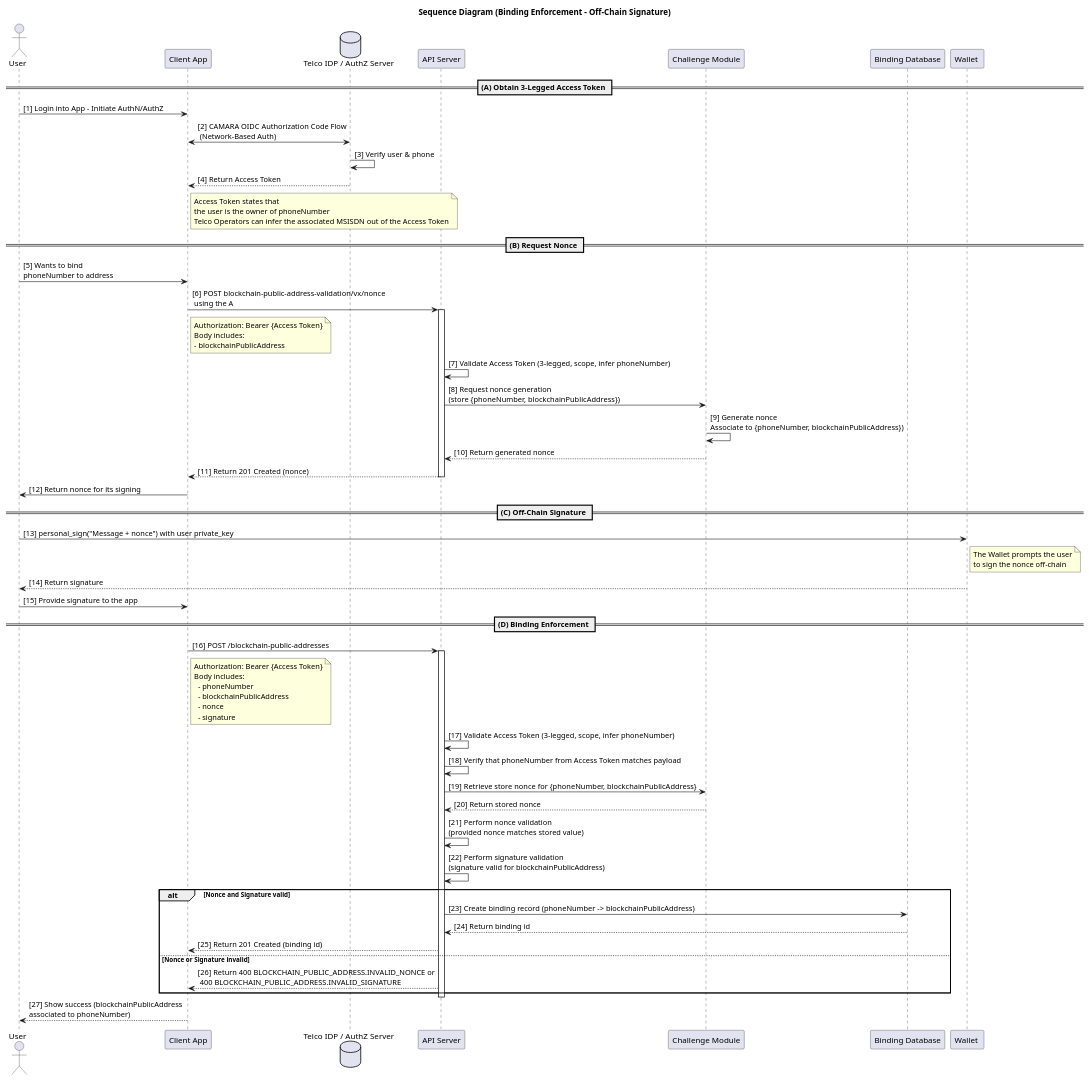
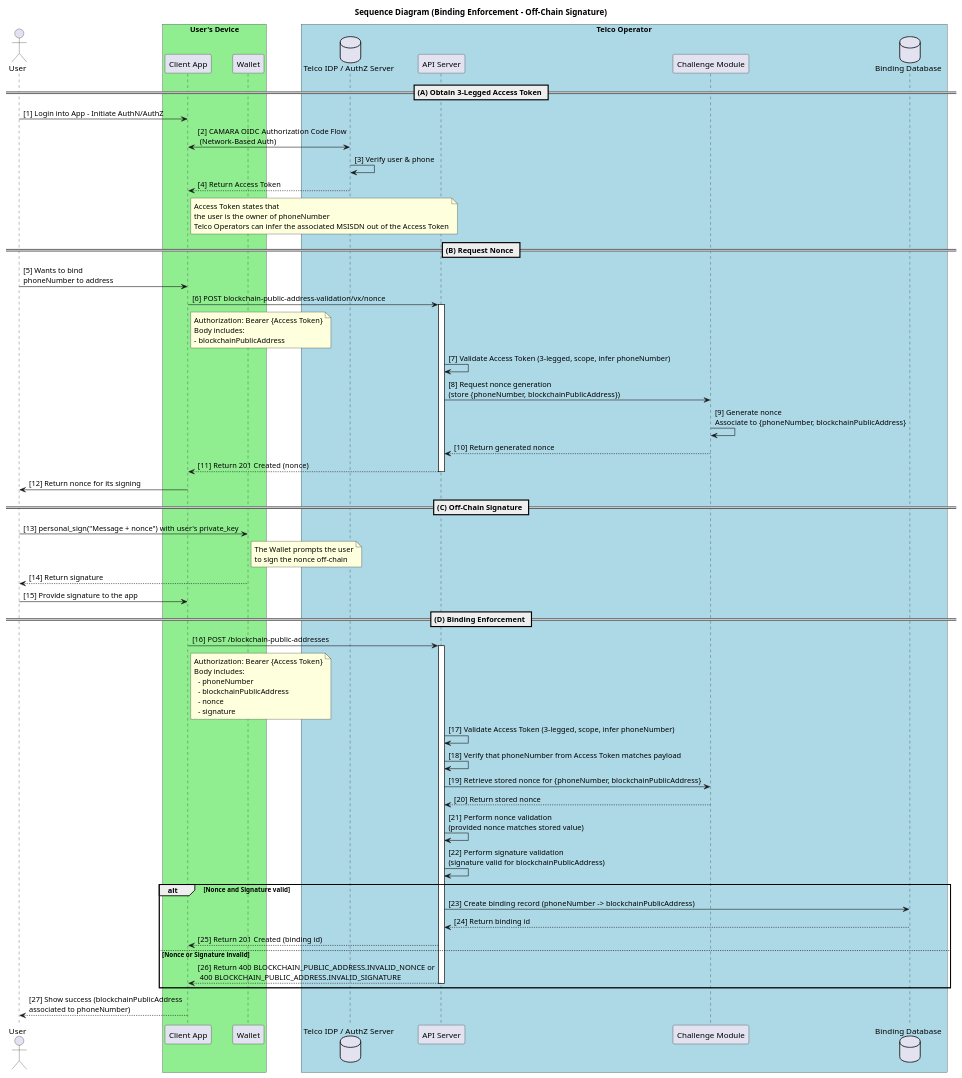
The diagram in documentation/API_documentation/resources/blockchain-public-address-binding-enforcement-off-chain-signature.puml (camaraproject/BlockchainPublicAddress), drawn with PlantUML before and after one commit. The commit also changed 2 other files, not shown here.

Commit message:
Enforce Binding Off Chain Solution Editorial Enhancements

```diff
--- a/documentation/API_documentation/resources/blockchain-public-address-binding-enforcement-off-chain-signature.puml
+++ b/documentation/API_documentation/resources/blockchain-public-address-binding-enforcement-off-chain-signature.puml
@@ -1,82 +1,87 @@
 @startuml
 
 title Sequence Diagram (Binding Enforcement - Off-Chain Signature)
 
 actor User
-participant "Client App" as Client
-database "Telco IDP / AuthZ Server" as Auth
-participant "API Server" as Server
-participant "Challenge Module" as CM
-participant "Binding Database" as DB
-participant "Wallet " as Wallet
+
+box "User's Device" #LightGreen
+  participant "Client App" as Client
+  participant "Wallet" as Wallet
+end box
+
+box "Telco Operator" #LightBlue
+  database "Telco IDP / AuthZ Server" as Auth
+  participant "API Server" as Server
+  participant "Challenge Module" as CM
+  database "Binding Database" as DB
+end box
 
 == (A) Obtain 3-Legged Access Token ==
-User -> Client: [1] Login into App - Initiate AuthN/AuthZ 
+User -> Client: [1] Login into App - Initiate AuthN/AuthZ
 Client <-> Auth: [2] CAMARA OIDC Authorization Code Flow\n (Network-Based Auth)
 Auth -> Auth: [3] Verify user & phone
 Auth --> Client: [4] Return Access Token
 note right of Client
   Access Token states that
-  the user is the owner of phoneNumber 
+  the user is the owner of phoneNumber
   Telco Operators can infer the associated MSISDN out of the Access Token
 end note
 
 == (B) Request Nonce ==
 User -> Client: [5] Wants to bind \nphoneNumber to address
-Client -> Server: [6] POST blockchain-public-address-validation/vx/nonce \n using the A
+Client -> Server: [6] POST blockchain-public-address-validation/vx/nonce
 note right of Client
   Authorization: Bearer {Access Token}
   Body includes:
   - blockchainPublicAddress
 end note
 
 activate Server
 Server -> Server: [7] Validate Access Token (3-legged, scope, infer phoneNumber)
 Server -> CM: [8] Request nonce generation \n(store {phoneNumber, blockchainPublicAddress})
-CM -> CM: [9] Generate nonce \nAssociate to {phoneNumber, blockchainPublicAddress})
+CM -> CM: [9] Generate nonce \nAssociate to {phoneNumber, blockchainPublicAddress}
 CM --> Server: [10] Return generated nonce
-Server --> Client: [11] Return 201 Created (nonce) 
+Server --> Client: [11] Return 201 Created (nonce)
 deactivate Server
 Client -> User: [12] Return nonce for its signing
 
 == (C) Off-Chain Signature ==
-User -> Wallet: [13] personal_sign("Message + nonce") with user private_key
+User -> Wallet: [13] personal_sign("Message + nonce") with user's private_key
 note right of Wallet
   The Wallet prompts the user
   to sign the nonce off-chain
 end note
 Wallet --> User: [14] Return signature
 User -> Client: [15] Provide signature to the app
 
 == (D) Binding Enforcement ==
 Client -> Server: [16] POST /blockchain-public-addresses
 note right of Client
   Authorization: Bearer {Access Token}
   Body includes:
     - phoneNumber
     - blockchainPublicAddress
     - nonce
     - signature
 end note
 
 activate Server
 Server -> Server: [17] Validate Access Token (3-legged, scope, infer phoneNumber)
 Server -> Server: [18] Verify that phoneNumber from Access Token matches payload
-Server -> CM: [19] Retrieve store nonce for {phoneNumber, blockchainPublicAddress}
+Server -> CM: [19] Retrieve stored nonce for {phoneNumber, blockchainPublicAddress}
 CM --> Server: [20] Return stored nonce
 Server -> Server: [21] Perform nonce validation \n(provided nonce matches stored value)
 Server -> Server: [22] Perform signature validation \n(signature valid for blockchainPublicAddress)
 
 alt Nonce and Signature valid
 Server -> DB: [23] Create binding record (phoneNumber -> blockchainPublicAddress)
 DB --> Server: [24] Return binding id
 Server --> Client: [25] Return 201 Created (binding id)
 else Nonce or Signature invalid
 Server --> Client: [26] Return 400 BLOCKCHAIN_PUBLIC_ADDRESS.INVALID_NONCE or\n 400 BLOCKCHAIN_PUBLIC_ADDRESS.INVALID_SIGNATURE
+deactivate Server
 end
-
-deactivate Server
 
 Client --> User: [27] Show success (blockchainPublicAddress \nassociated to phoneNumber)
 
 @enduml
```
